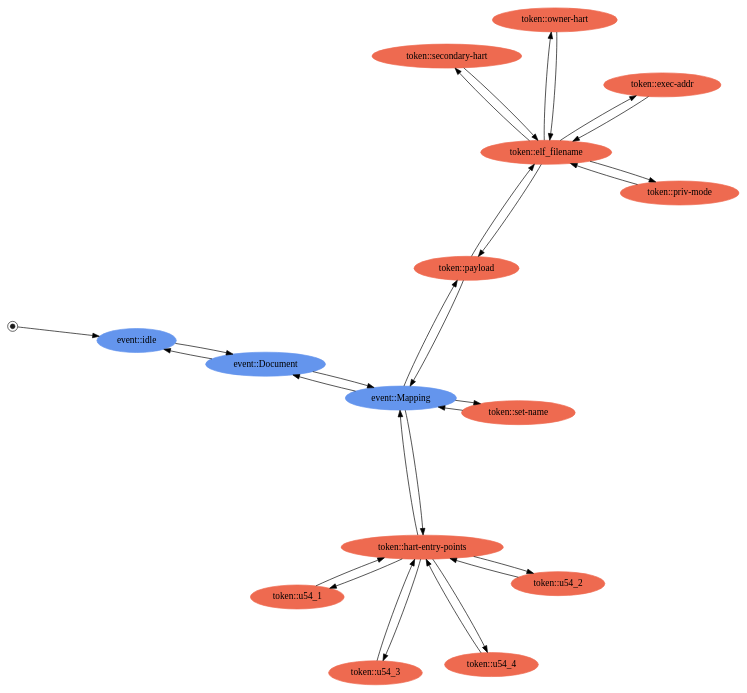
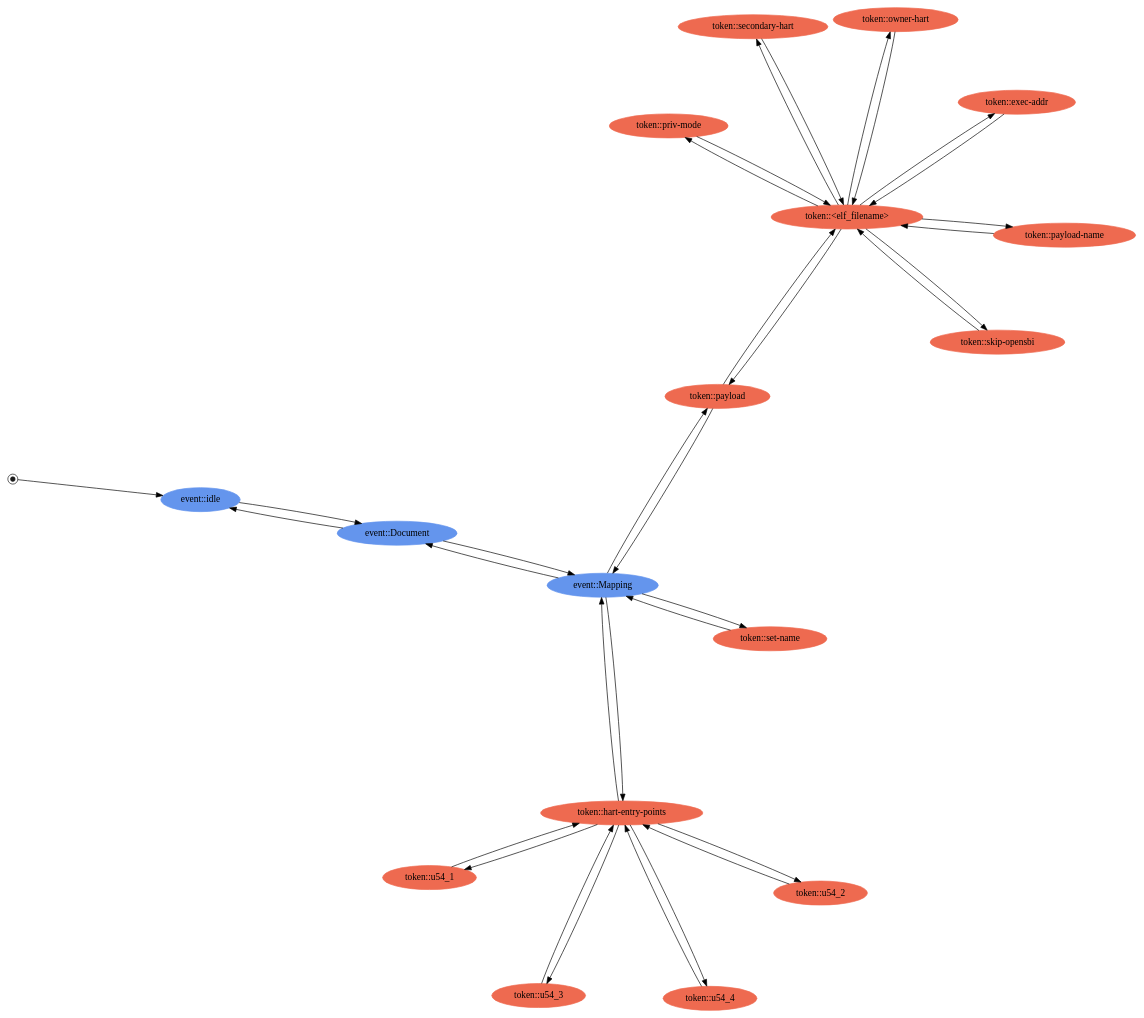
One commit to polarfire-soc/hart-software-services changed the diagram in tools/hss-payload-generator/Documentation/yaml-state-machine/yaml_state_machine.dot. Above: the diagram before and after it, drawn with Graphviz. The commit also changed 4 other files, not shown here.

First line of the commit message:
feat(hss-payload-generator): payload name override

```diff
--- a/tools/hss-payload-generator/Documentation/yaml-state-machine/yaml_state_machine.dot
+++ b/tools/hss-payload-generator/Documentation/yaml-state-machine/yaml_state_machine.dot
@@ -1,59 +1,65 @@
 digraph yaml_state_machine {
 	layout=neato;
 	overlap=scale;
 
 	node [shape=doublecircle, style=filled, width=0.1, color=grey11, fixedsize=shape] start[label=""];
 	node [shape=ellipse, style=filled, color=cornflowerblue, fixedsize=false] idle, document, mapping;
 	node [shape=ellipse, style=filled, color=coral2] set_name, hart_entry_points,
 		u54_1, u54_2, u54_3, u54_4, payload_mapping, new_payload,
-		exec_addr, owner_hart, secondary_hart, priv_mode;
+		exec_addr, owner_hart, secondary_hart, skip_opensbi, payload_name, priv_mode;
 
 	idle[label="event::idle"];
 	document[label="event::Document"];
 	mapping[label="event::Mapping"];
 	set_name[label="token::set-name"];
 	hart_entry_points[label="token::hart-entry-points"];
 	u54_1[label="token::u54_1"];
 	u54_2[label="token::u54_2"];
 	u54_3[label="token::u54_3"];
 	u54_4[label="token::u54_4"];
 	payload_mapping[label="token::payload"];
-	new_payload[label="token::elf_filename"];
+	new_payload[label="token::<elf_filename>"];
 	exec_addr[label="token::exec-addr"];
 	owner_hart[label="token::owner-hart"];
 	secondary_hart[label="token::secondary-hart"];
+	skip_opensbi[label="token::skip-opensbi"];
+	payload_name[label="token::payload-name"];
 	priv_mode[label="token::priv-mode"];
 
 	start -> idle;
 	idle -> document;
 	document -> mapping;
 	document -> idle;
 	mapping -> document;
 
 	mapping -> set_name;
 	set_name -> mapping;
 
 	mapping -> hart_entry_points;
 	hart_entry_points -> mapping;
 	hart_entry_points -> u54_1;
 	u54_1 -> hart_entry_points;
 	hart_entry_points -> u54_2;
 	u54_2 -> hart_entry_points;
 	hart_entry_points -> u54_3;
 	u54_3 -> hart_entry_points;
 	hart_entry_points -> u54_4;
 	u54_4 -> hart_entry_points;
 
 	mapping -> payload_mapping;
 	payload_mapping -> mapping;
 	payload_mapping -> new_payload;
 	new_payload -> payload_mapping;
 	new_payload -> exec_addr;
 	exec_addr -> new_payload;
 	new_payload -> owner_hart;
 	owner_hart -> new_payload;
 	new_payload -> secondary_hart;
 	secondary_hart -> new_payload;
+	new_payload -> skip_opensbi;
+	skip_opensbi -> new_payload;
 	new_payload -> priv_mode;
 	priv_mode -> new_payload;
+	new_payload -> payload_name;
+	payload_name -> new_payload;
 }	
```
